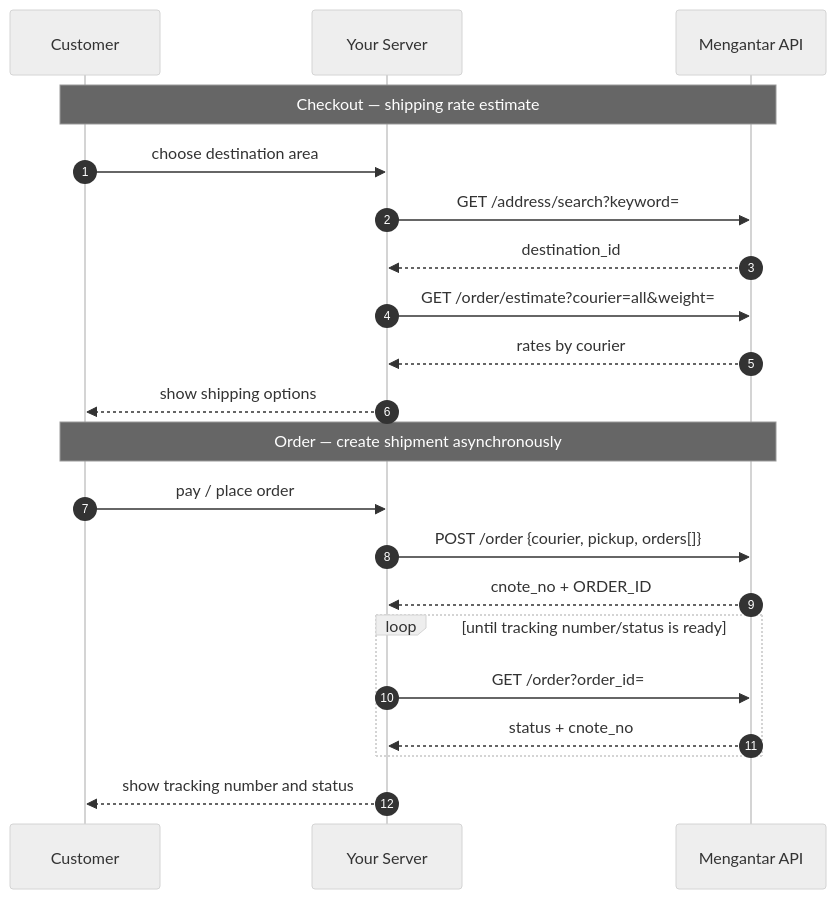
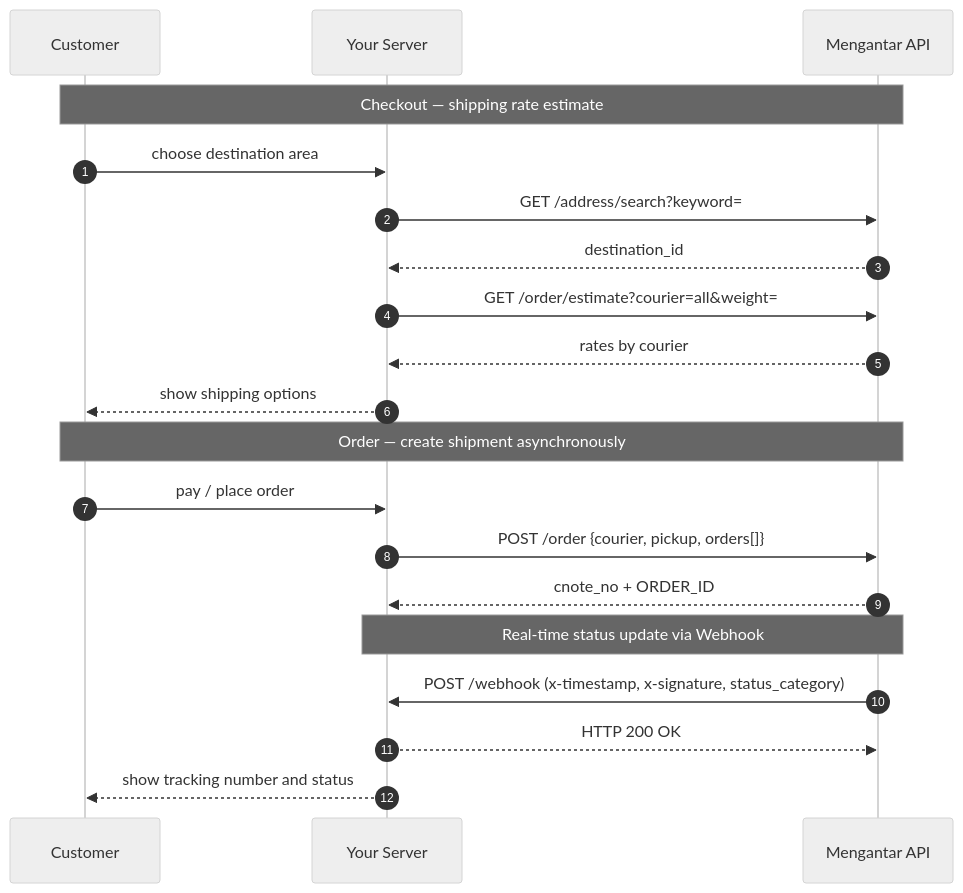
One commit to ongkipro/mengantar-documentation changed the second of 2 diagrams in README.md. Above: the diagram before and after it, drawn with Mermaid (neutral theme). The commit also changed other lines of this file and 22 other files, not shown here.

````diff
--- a/README.md
+++ b/README.md
@@ -73,25 +69,24 @@
 ```mermaid
 sequenceDiagram
     autonumber
     participant C as Customer
     participant S as Your Server
     participant M as Mengantar API
 
     Note over C,M: Checkout — shipping rate estimate
     C->>S: choose destination area
     S->>M: GET /address/search?keyword=
     M-->>S: destination_id
     S->>M: GET /order/estimate?courier=all&weight=
     M-->>S: rates by courier
     S-->>C: show shipping options
 
     Note over C,M: Order — create shipment asynchronously
     C->>S: pay / place order
     S->>M: POST /order {courier, pickup, orders[]}
     M-->>S: cnote_no + ORDER_ID
-    loop until tracking number/status is ready
-        S->>M: GET /order?order_id=
-        M-->>S: status + cnote_no
-    end
+    Note over S,M: Real-time status update via Webhook
+    M->>S: POST /webhook (x-timestamp, x-signature, status_category)
+    S-->>M: HTTP 200 OK
     S-->>C: show tracking number and status
 ```
````
